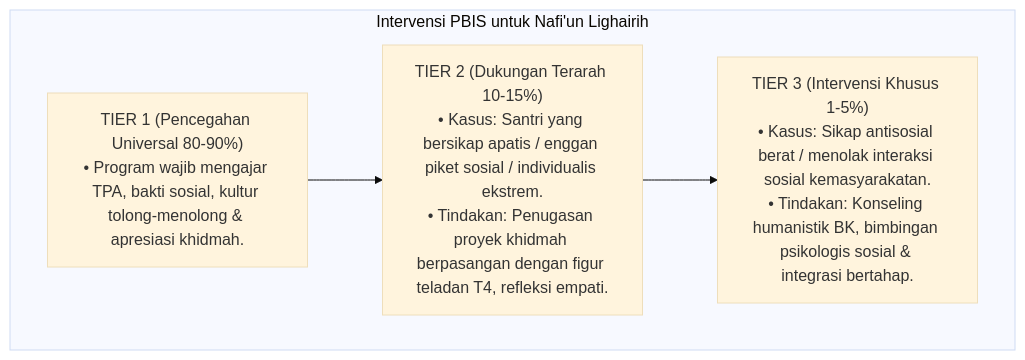
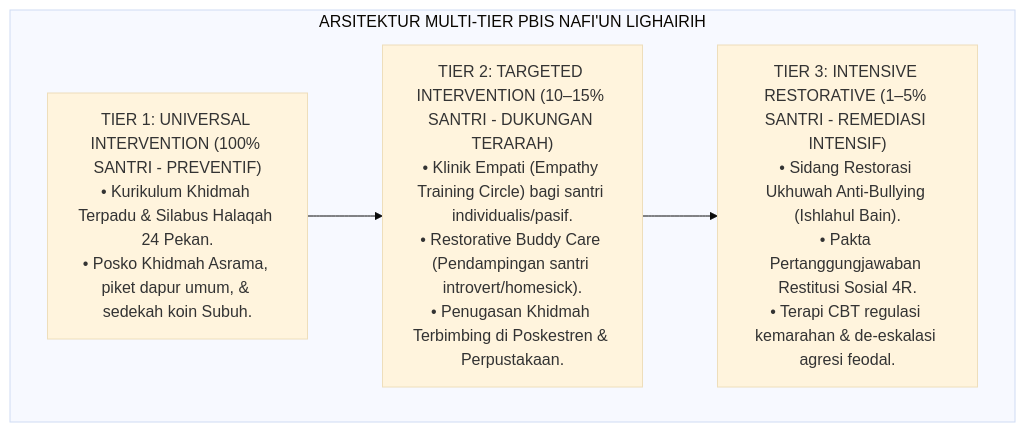
Before and after one commit to wandiapriliyandi/tumbuh: the sixth of 7 diagrams in 03 Capacity Framework/13 Nafi'un Lighairih/P3-13-10-Protokol-Intervensi-dan-Pembiasaan.md, drawn with Mermaid (base theme). The commit also changed other lines of this file and 14 other files, not shown here.

Commit message:
docs(03-capacity): complete all 15 research monographs for 13 Nafi'un Lighairih

````diff
--- a/03 Capacity Framework/13 Nafi'un Lighairih/P3-13-10-Protokol-Intervensi-dan-Pembiasaan.md
+++ b/03 Capacity Framework/13 Nafi'un Lighairih/P3-13-10-Protokol-Intervensi-dan-Pembiasaan.md
@@ -21,12 +163,12 @@
 ```mermaid
-graph TD
-    subgraph Intervensi_Khidmah_PBIS["Intervensi PBIS untuk Nafi'un Lighairih"]
-        Tier1["TIER 1 (Pencegahan Universal 80-90%)<br/>• Program wajib mengajar TPA, bakti sosial, kultur tolong-menolong & apresiasi khidmah."]
+flowchart TD
+    subgraph ArsitekturTigaTingkatPBISKhidmah["ARSITEKTUR MULTI-TIER PBIS NAFI'UN LIGHAIRIH"]
+        Tier1["TIER 1: UNIVERSAL INTERVENTION (100% SANTRI - PREVENTIF)<br/>• Kurikulum Khidmah Terpadu & Silabus Halaqah 24 Pekan.<br/>• Posko Khidmah Asrama, piket dapur umum, & sedekah koin Subuh."]
         
-        Tier2["TIER 2 (Dukungan Terarah 10-15%)<br/>• Kasus: Santri yang bersikap apatis / enggan piket sosial / individualis ekstrem.<br/>• Tindakan: Penugasan proyek khidmah berpasangan dengan figur teladan T4, refleksi empati."]
+        Tier2["TIER 2: TARGETED INTERVENTION (10–15% SANTRI - DUKUNGAN TERARAH)<br/>• Klinik Empati (Empathy Training Circle) bagi santri individualis/pasif.<br/>• Restorative Buddy Care (Pendampingan santri introvert/homesick).<br/>• Penugasan Khidmah Terbimbing di Poskestren & Perpustakaan."]
         
-        Tier3["TIER 3 (Intervensi Khusus 1-5%)<br/>• Kasus: Sikap antisosial berat / menolak interaksi sosial kemasyarakatan.<br/>• Tindakan: Konseling humanistik BK, bimbingan psikologis sosial & integrasi bertahap."]
-
+        Tier3["TIER 3: INTENSIVE RESTORATIVE (1–5% SANTRI - REMEDIASI INTENSIF)<br/>• Sidang Restorasi Ukhuwah Anti-Bullying (Ishlahul Bain).<br/>• Pakta Pertanggungjawaban Restitusi Sosial 4R.<br/>• Terapi CBT regulasi kemarahan & de-eskalasi agresi feodal."]
+        
         Tier1 --> Tier2 --> Tier3
     end
 ```
````
